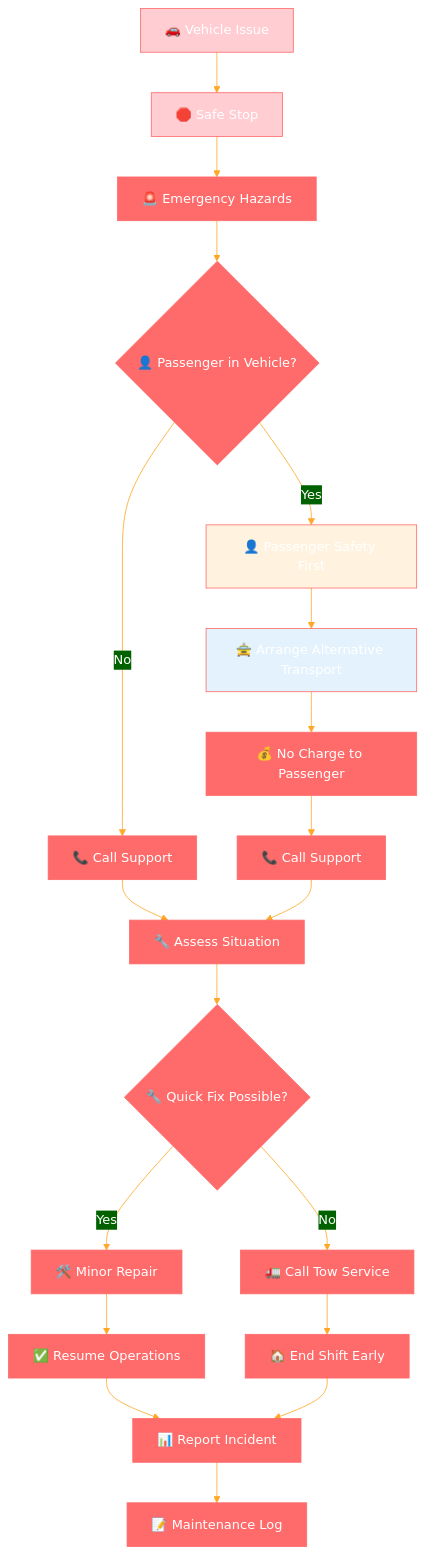
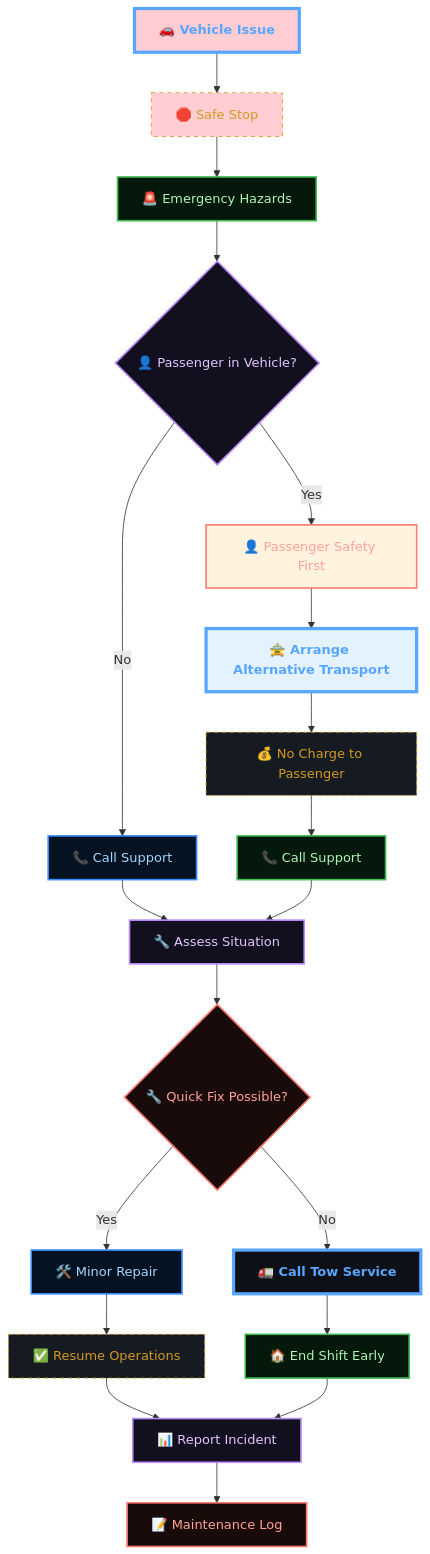
Diagram 19 of 20 in docs/user-journeys/driver-flow.md (abdoElHodaky/transportapp), drawn with Mermaid before and after one commit. The commit also changed other lines of this file and 9 other files, not shown here.

````diff
--- a/docs/user-journeys/driver-flow.md
+++ b/docs/user-journeys/driver-flow.md
@@ -776,32 +1370,70 @@
 ```mermaid
-%%{init: {'theme':'base', 'themeVariables': {'primaryColor':'#ff6b6b','primaryTextColor':'#fff','primaryBorderColor':'#ff6b6b','lineColor':'#ffa726','sectionBkgColor':'#ff6b6b','altSectionBkgColor':'#fff','gridColor':'#fff','secondaryColor':'#006100','tertiaryColor':'#fff'}}}%%
 flowchart TD
     A[🚗 Vehicle Issue] --> B[🛑 Safe Stop]
     B --> C[🚨 Emergency Hazards]
     C --> D{👤 Passenger in Vehicle?}
     D -->|Yes| E[👤 Passenger Safety First]
     D -->|No| F[📞 Call Support]
     
     E --> G[🚖 Arrange Alternative Transport]
     G --> H[💰 No Charge to Passenger]
     H --> I[📞 Call Support]
     
     F --> J[🔧 Assess Situation]
     I --> J
     
     J --> K{🔧 Quick Fix Possible?}
     K -->|Yes| L[🛠️ Minor Repair]
     K -->|No| M[🚛 Call Tow Service]
     
     L --> N[✅ Resume Operations]
     M --> O[🏠 End Shift Early]
     
     N --> P[📊 Report Incident]
     O --> P
     P --> Q[📝 Maintenance Log]
     
     style A fill:#ffcdd2
     style B fill:#ffcdd2
     style E fill:#fff3e0
     style G fill:#e3f2fd
+
+    %% --- DARK GRADIENT & GLOW STYLING ---
+    
+    %% Main Dashboard (Neon Cyan/Blue)
+    classDef main fill:#0d1117,stroke:#58a6ff,stroke-width:4px,color:#58a6ff,font-weight:bold;
+    
+    %% Decision Diamond (Gold Glow)
+    classDef decision fill:#161b22,stroke:#d29922,color:#d29922,stroke-dasharray: 5 5;
+    
+    %% Revenue (Emerald Gradient Style)
+    classDef revNode fill:#04190b,stroke:#3fb950,color:#aff5b4,stroke-width:2px;
+    
+    %% Commission (Purple Gradient Style)
+    classDef commNode fill:#12101e,stroke:#bc8cff,color:#e2c5ff,stroke-width:2px;
+    
+    %% Refund (Ruby Gradient Style)
+    classDef refNode fill:#1a0b0b,stroke:#ff7b72,color:#ffa198,stroke-width:2px;
+    
+    %% Earnings (Sapphire Gradient Style)
+    classDef earnNode fill:#051221,stroke:#388bfd,color:#a5d6ff,stroke-width:2px;
+
+    class A main;
+    class B decision;
+    class C revNode;
+    class D commNode;
+    class E refNode;
+    class F earnNode;
+    class G main;
+    class H decision;
+    class I revNode;
+    class J commNode;
+    class K refNode;
+    class L earnNode;
+    class M main;
+    class N decision;
+    class O revNode;
+    class P commNode;
+    class Q refNode;
+    class Y earnNode;
 ```
````
